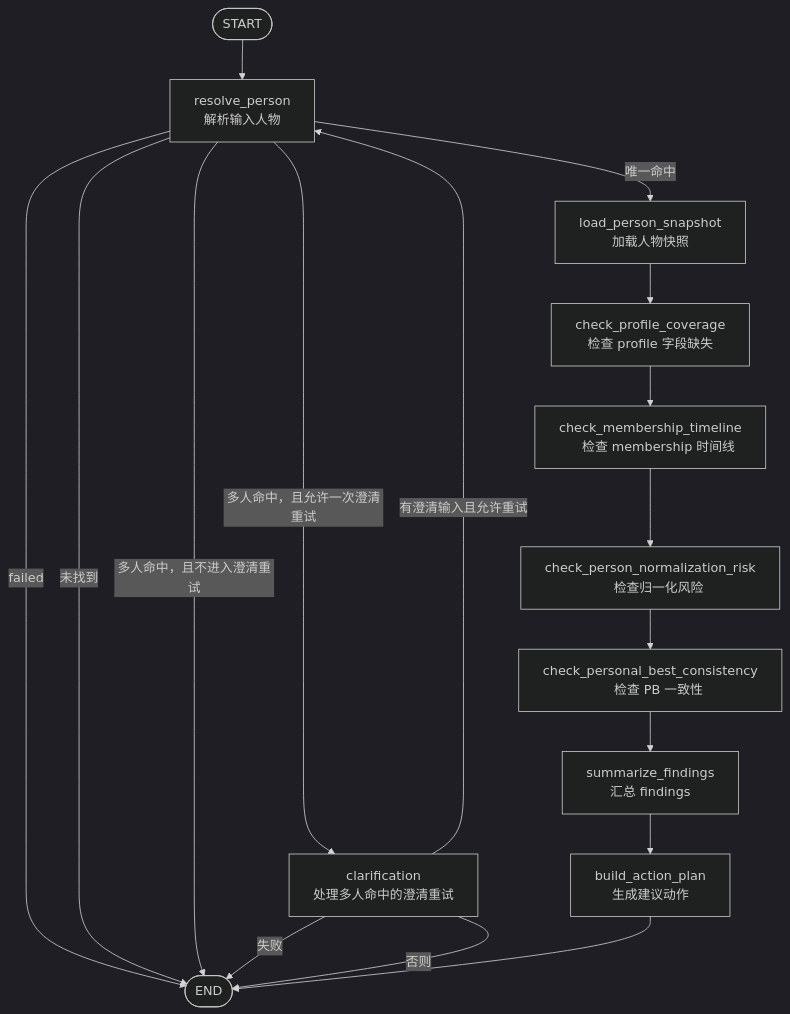
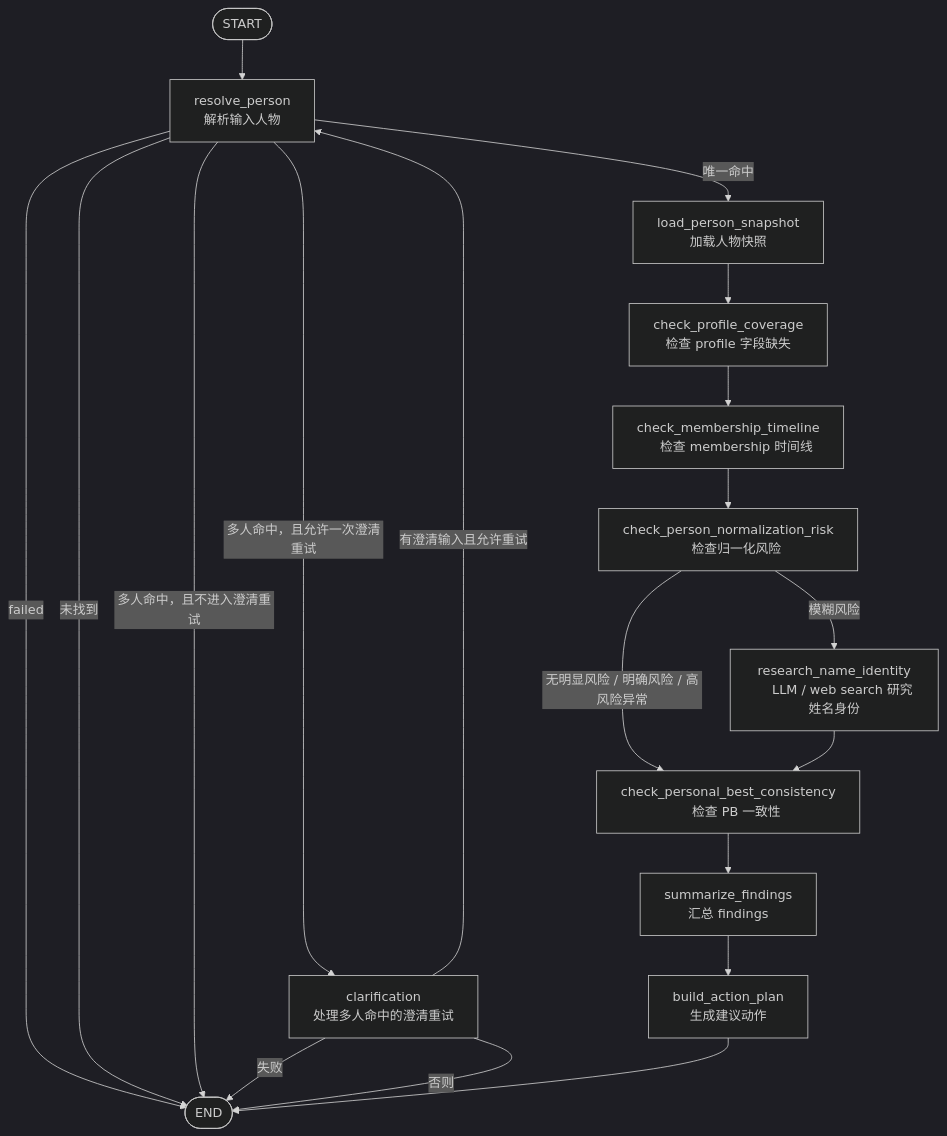
The diagram in content/articles/2026-08-11-tasuki-keifu-agent-Graph结构图.md (gelatoni-xh/personal-site), drawn with Mermaid (dark theme) before and after one commit. The commit also changed other lines of this file, not shown here.

Commit message:
docs: update tasuki graph normalization branch

````diff
--- a/content/articles/2026-08-11-tasuki-keifu-agent-Graph结构图.md
+++ b/content/articles/2026-08-11-tasuki-keifu-agent-Graph结构图.md
@@ -27,31 +27,34 @@
 ```mermaid
 flowchart TD
     START([START]) --> RESOLVE["resolve_person
     解析输入人物"]
 
     RESOLVE -->|failed| END([END])
     RESOLVE -->|未找到| END
     RESOLVE -->|多人命中，且不进入澄清重试| END
     RESOLVE -->|多人命中，且允许一次澄清重试| CLARIFY["clarification
     处理多人命中的澄清重试"]
     RESOLVE -->|唯一命中| SNAPSHOT["load_person_snapshot
     加载人物快照"]
 
     CLARIFY -->|失败| END
     CLARIFY -->|有澄清输入且允许重试| RESOLVE
     CLARIFY -->|否则| END
 
     SNAPSHOT --> PROFILE["check_profile_coverage
     检查 profile 字段缺失"]
     PROFILE --> MEMBERSHIP["check_membership_timeline
     检查 membership 时间线"]
     MEMBERSHIP --> NORMALIZATION["check_person_normalization_risk
     检查归一化风险"]
-    NORMALIZATION --> PB["check_personal_best_consistency
+    NORMALIZATION -->|无明显风险 / 明确风险 / 高风险异常| PB["check_personal_best_consistency
     检查 PB 一致性"]
+    NORMALIZATION -->|模糊风险| RESEARCH["research_name_identity
+    LLM / web search 研究姓名身份"]
+    RESEARCH --> PB
     PB --> SUMMARY["summarize_findings
     汇总 findings"]
     SUMMARY --> ACTION["build_action_plan
     生成建议动作"]
     ACTION --> END
 ```
````
